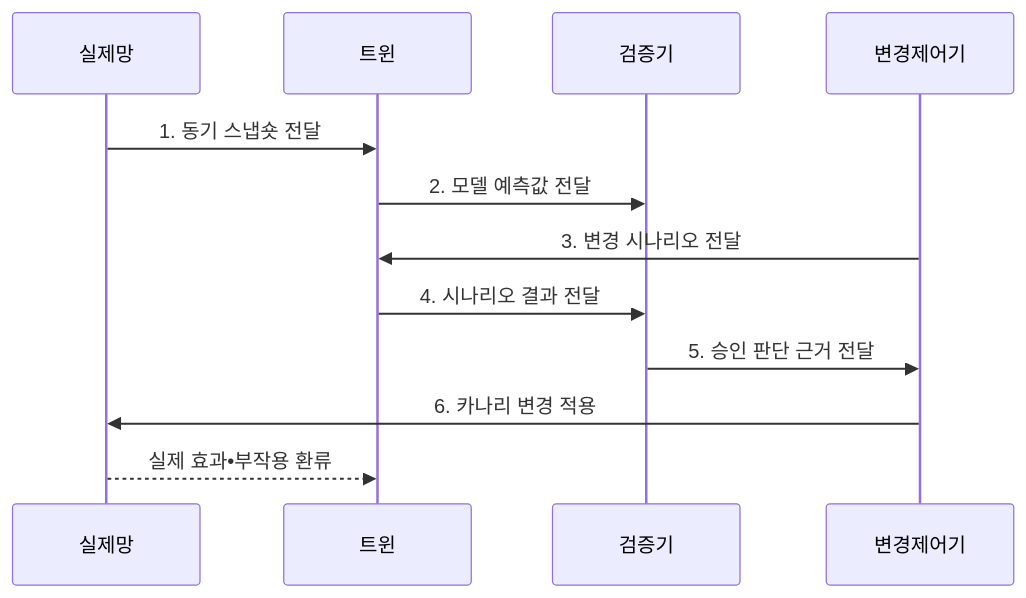
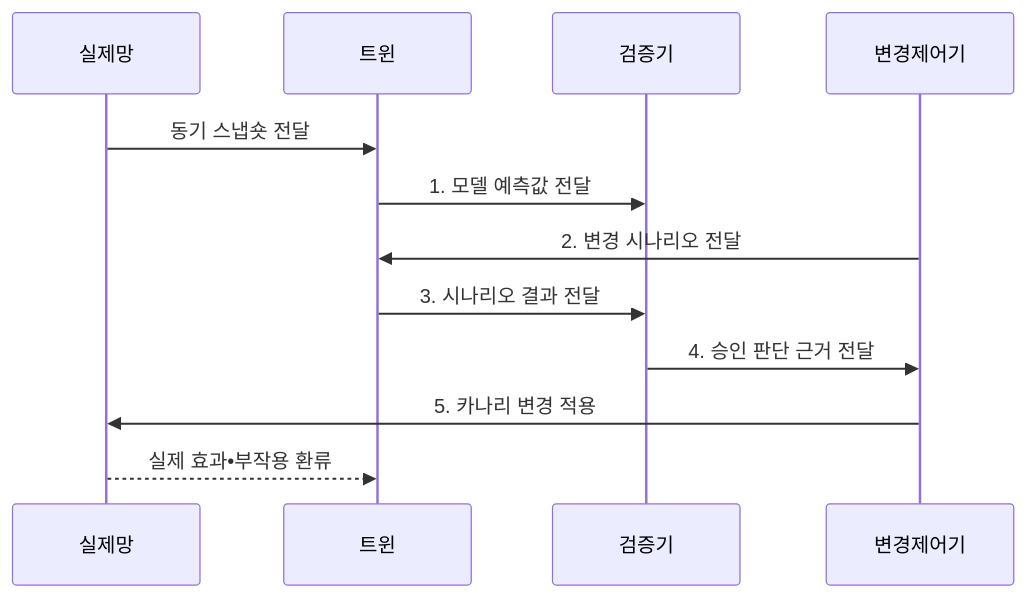
One commit to agnusdei1207/knowledge-base changed the second of 2 diagrams in src/content/docs/notes/04-network/099_network_digital_twin.md. Above: the diagram before and after it, drawn with Mermaid. The commit also changed other lines of this file and 19 other files, not shown here.

````diff
--- a/src/content/docs/notes/04-network/099_network_digital_twin.md
+++ b/src/content/docs/notes/04-network/099_network_digital_twin.md
@@ -99,14 +99,14 @@
 ```mermaid
 sequenceDiagram
     participant 실제망
     participant 트윈
     participant 검증기
     participant 변경제어기
-    실제망->>트윈: 1. 동기 스냅숏 전달
-    트윈->>검증기: 2. 모델 예측값 전달
-    변경제어기->>트윈: 3. 변경 시나리오 전달
-    트윈->>검증기: 4. 시나리오 결과 전달
-    검증기->>변경제어기: 5. 승인 판단 근거 전달
-    변경제어기->>실제망: 6. 카나리 변경 적용
+    실제망->>트윈: 동기 스냅숏 전달
+    트윈->>검증기: 1. 모델 예측값 전달
+    변경제어기->>트윈: 2. 변경 시나리오 전달
+    트윈->>검증기: 3. 시나리오 결과 전달
+    검증기->>변경제어기: 4. 승인 판단 근거 전달
+    변경제어기->>실제망: 5. 카나리 변경 적용
     실제망-->>트윈: 실제 효과•부작용 환류
 ```
````
